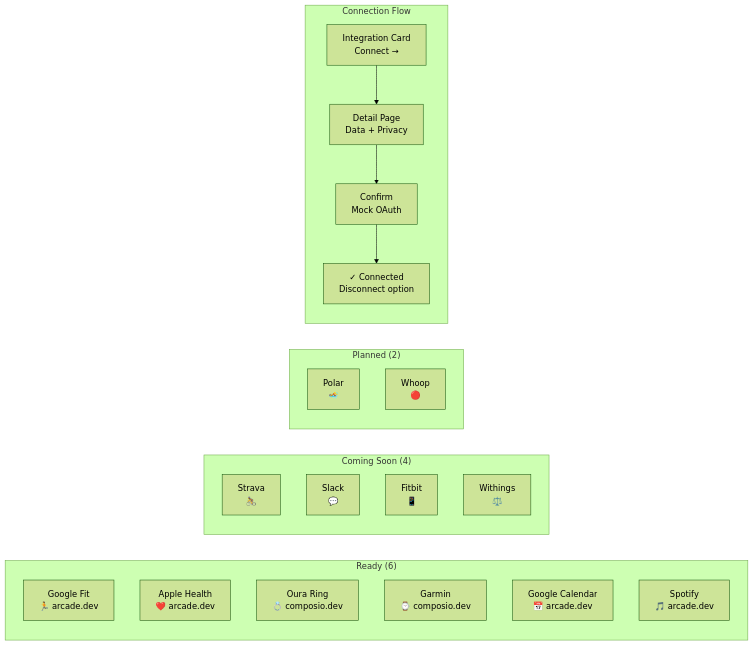
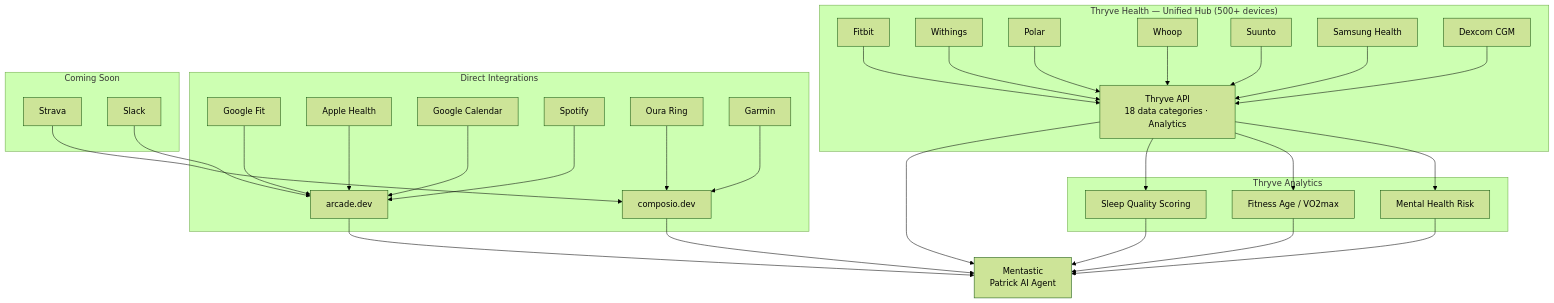
Before and after one commit to predictivelabsai/mentastic: the eighth of 12 diagrams in docs/architecture_readme.md, drawn with Mermaid (forest theme). The commit also changed other lines of this file and 5 other files, not shown here.

First line of the commit message:
Add Thryve Health as primary integration hub (500+ wearables)

````diff
--- a/docs/architecture_readme.md
+++ b/docs/architecture_readme.md
@@ -324,29 +328,46 @@
 ```mermaid
-graph LR
-    subgraph "Ready (6)"
-        GF[Google Fit<br/>🏃 arcade.dev]
-        AH[Apple Health<br/>❤️ arcade.dev]
-        OR[Oura Ring<br/>💍 composio.dev]
-        GA[Garmin<br/>⌚ composio.dev]
-        GC[Google Calendar<br/>📅 arcade.dev]
-        SP[Spotify<br/>🎵 arcade.dev]
+graph TB
+    subgraph "Thryve Health — Unified Hub (500+ devices)"
+        TH_API[Thryve API<br/>18 data categories · Analytics]
+        TH_FIT[Fitbit] --> TH_API
+        TH_WI[Withings] --> TH_API
+        TH_PO[Polar] --> TH_API
+        TH_WH[Whoop] --> TH_API
+        TH_SU[Suunto] --> TH_API
+        TH_SA[Samsung Health] --> TH_API
+        TH_DX[Dexcom CGM] --> TH_API
     end
 
-    subgraph "Coming Soon (4)"
-        ST[Strava<br/>🚴]
-        SL[Slack<br/>💬]
-        FB[Fitbit<br/>📱]
-        WI[Withings<br/>⚖️]
+    subgraph "Direct Integrations"
+        ARC[arcade.dev]
+        COM[composio.dev]
+        GF[Google Fit] --> ARC
+        AH[Apple Health] --> ARC
+        GC[Google Calendar] --> ARC
+        SP_I[Spotify] --> ARC
+        OR[Oura Ring] --> COM
+        GA[Garmin] --> COM
     end
 
-    subgraph "Planned (2)"
-        PO[Polar<br/>🏊]
-        WH[Whoop<br/>🔴]
+    subgraph "Coming Soon"
+        ST[Strava] --> COM
+        SL[Slack] --> ARC
     end
 
-    subgraph "Connection Flow"
-        CARD[Integration Card<br/>Connect →] --> DETAIL[Detail Page<br/>Data + Privacy]
-        DETAIL --> CONFIRM[Confirm<br/>Mock OAuth]
-        CONFIRM --> CONNECTED[✓ Connected<br/>Disconnect option]
+    TH_API --> MENTASTIC[Mentastic<br/>Patrick AI Agent]
+    ARC --> MENTASTIC
+    COM --> MENTASTIC
+
+    subgraph "Thryve Analytics"
+        SQ[Sleep Quality Scoring]
+        FA[Fitness Age / VO2max]
+        MH[Mental Health Risk]
     end
+
+    TH_API --> SQ
+    TH_API --> FA
+    TH_API --> MH
+    SQ --> MENTASTIC
+    FA --> MENTASTIC
+    MH --> MENTASTIC
 ```
````
